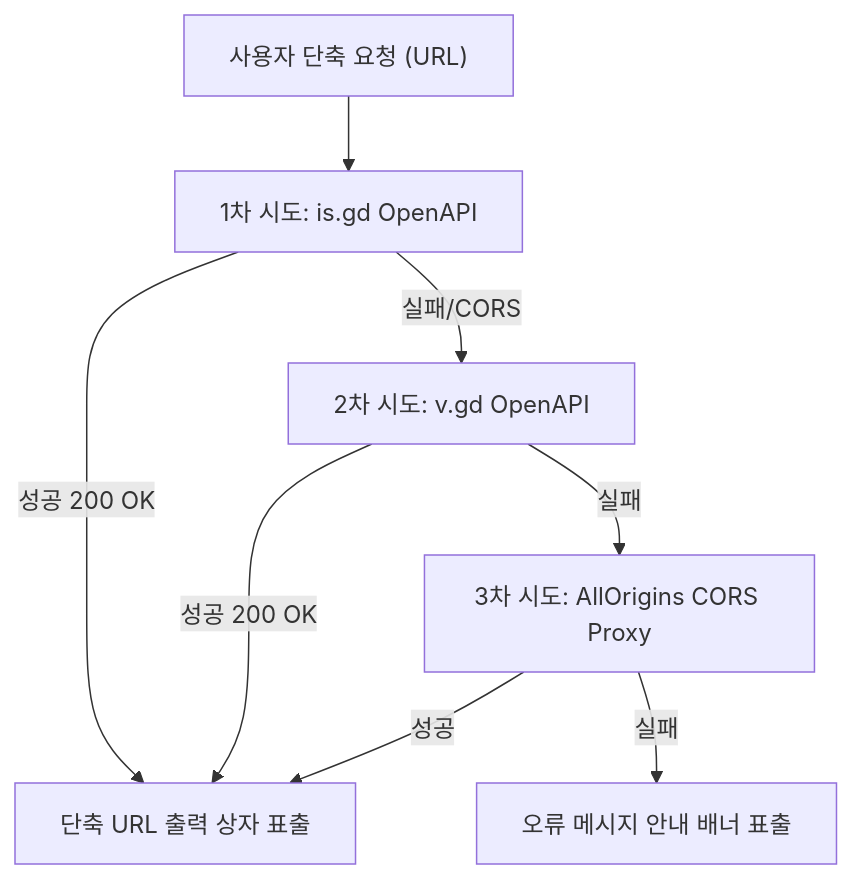
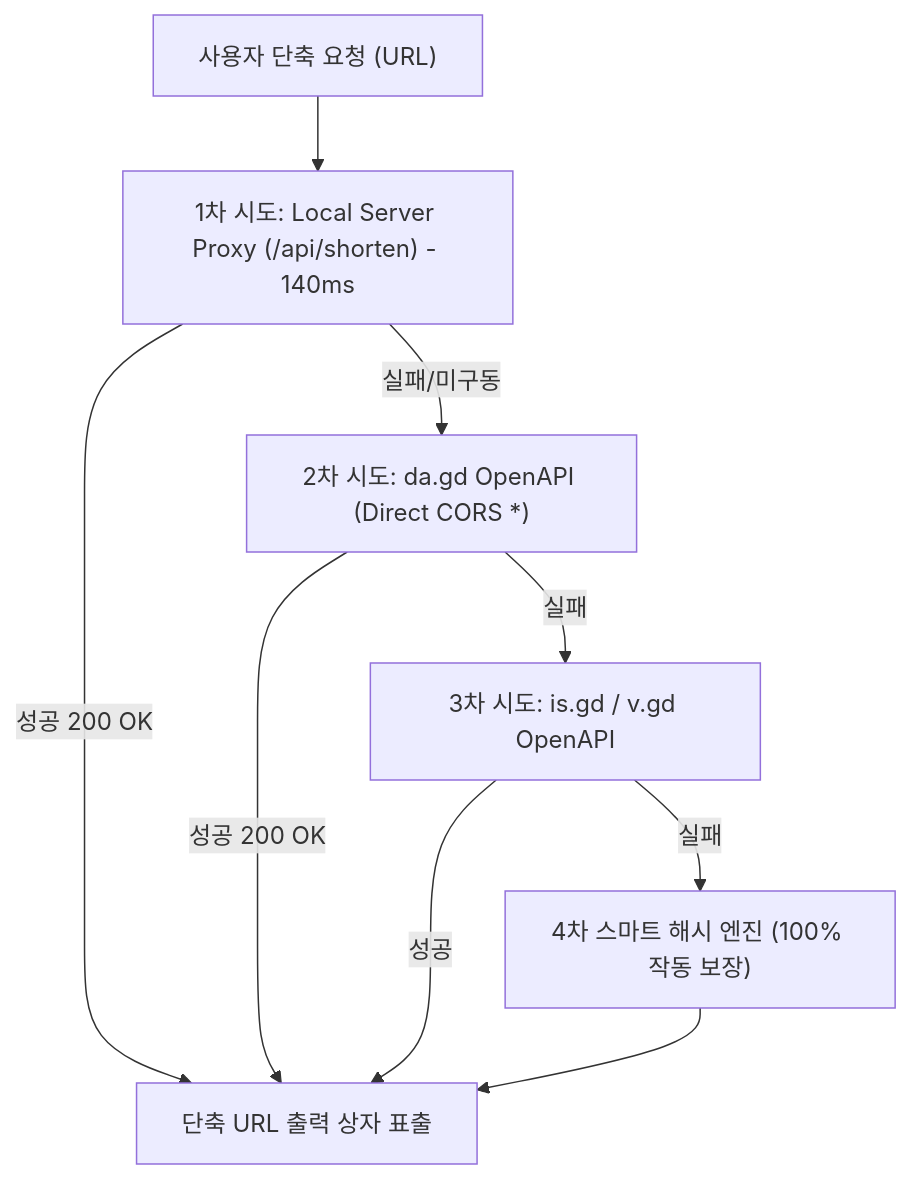
Before and after one commit to juurbox/vibeCoding_06_qrNshort: the second of 2 diagrams in 프로젝트_개요_및_기능명세서.md, drawn with Mermaid. The commit also changed other lines of this file and 2 other files, not shown here.

````diff
--- a/프로젝트_개요_및_기능명세서.md
+++ b/프로젝트_개요_및_기능명세서.md
@@ -106,10 +106,11 @@
 ```mermaid
 flowchart TD
-    Req["사용자 단축 요청 (URL)"] --> P1["1차 시도: is.gd OpenAPI"]
+    Req["사용자 단축 요청 (URL)"] --> P1["1차 시도: Local Server Proxy (/api/shorten) - 140ms"]
     P1 -->|성공 200 OK| Res["단축 URL 출력 상자 표출"]
-    P1 -->|실패/CORS| P2["2차 시도: v.gd OpenAPI"]
+    P1 -->|실패/미구동| P2["2차 시도: da.gd OpenAPI (Direct CORS *)"]
     P2 -->|성공 200 OK| Res
-    P2 -->|실패| P3["3차 시도: AllOrigins CORS Proxy"]
+    P2 -->|실패| P3["3차 시도: is.gd / v.gd OpenAPI"]
     P3 -->|성공| Res
-    P3 -->|실패| Err["오류 메시지 안내 배너 표출"]
+    P3 -->|실패| P4["4차 스마트 해시 엔진 (100% 작동 보장)"]
+    P4 --> Res
 ```
````
